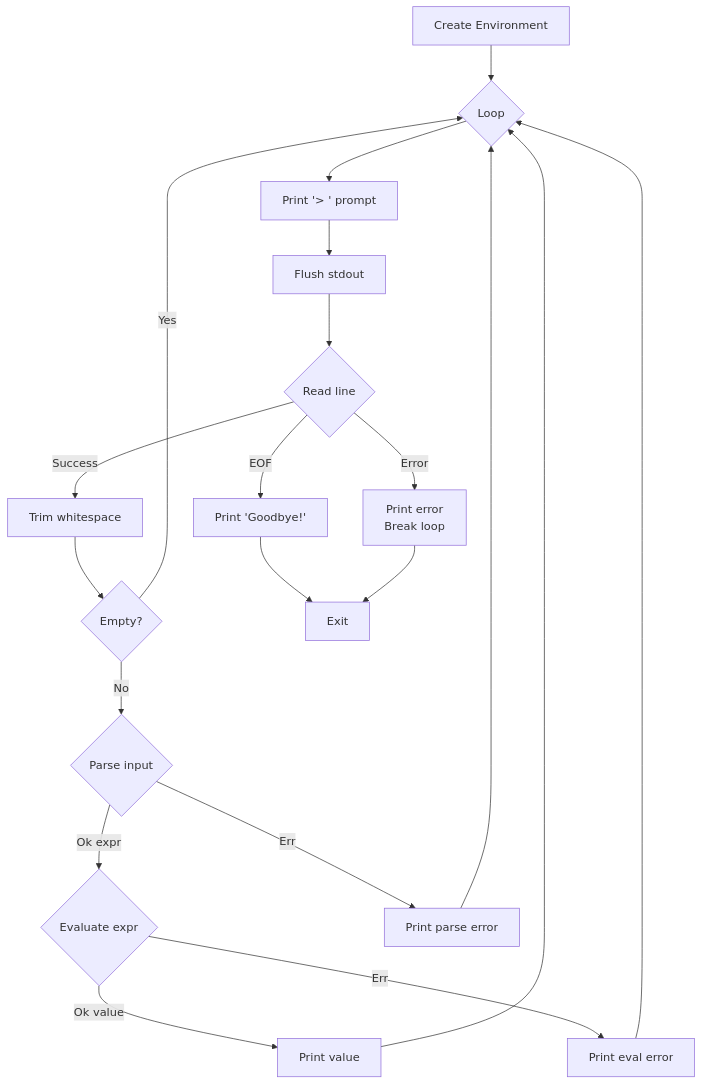
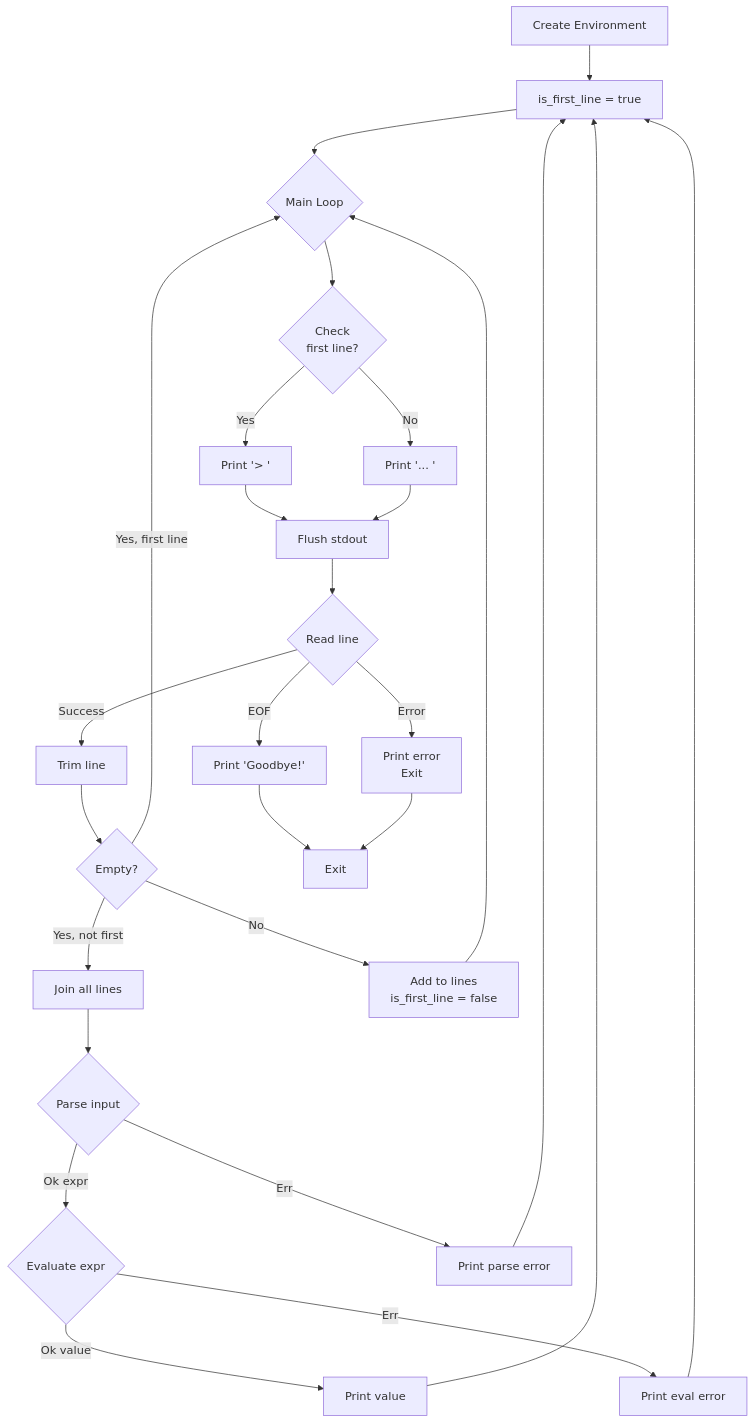
Before and after one commit to vansweej/parlang: the fifth of 10 diagrams in docs/MODULE_MAIN.md, drawn with Mermaid. The commit also changed other lines of this file and 2 other files, not shown here.

````diff
--- a/docs/MODULE_MAIN.md
+++ b/docs/MODULE_MAIN.md
@@ -259,29 +263,40 @@
 ```mermaid
 flowchart TD
-    START[Create Environment] --> LOOP{Loop}
+    START[Create Environment] --> INIT[is_first_line = true]
+    INIT --> LOOP{Main Loop}
     
-    LOOP --> PROMPT[Print '> ' prompt]
-    PROMPT --> FLUSH[Flush stdout]
+    LOOP --> PROMPT{Check<br/>first line?}
+    PROMPT -->|Yes| PROMPT_GT[Print '> ']
+    PROMPT -->|No| PROMPT_DOT[Print '... ']
+    
+    PROMPT_GT --> FLUSH[Flush stdout]
+    PROMPT_DOT --> FLUSH
+    
     FLUSH --> READ{Read line}
     
     READ -->|EOF| GOODBYE[Print 'Goodbye!']
-    READ -->|Error| ERROR[Print error<br/>Break loop]
-    READ -->|Success| TRIM[Trim whitespace]
+    READ -->|Error| ERROR[Print error<br/>Exit]
+    READ -->|Success| TRIM[Trim line]
     
     TRIM --> EMPTY{Empty?}
-    EMPTY -->|Yes| LOOP
-    EMPTY -->|No| PARSE{Parse input}
+    EMPTY -->|Yes, first line| LOOP
+    EMPTY -->|Yes, not first| PARSE_ALL[Join all lines]
+    EMPTY -->|No| ACCUMULATE[Add to lines<br/>is_first_line = false]
+    
+    ACCUMULATE --> LOOP
+    
+    PARSE_ALL --> PARSE{Parse input}
     
     PARSE -->|Ok expr| EVAL{Evaluate expr}
     PARSE -->|Err| PARSE_ERR[Print parse error]
     
     EVAL -->|Ok value| PRINT_VAL[Print value]
     EVAL -->|Err| EVAL_ERR[Print eval error]
     
-    PRINT_VAL --> LOOP
-    PARSE_ERR --> LOOP
-    EVAL_ERR --> LOOP
+    PRINT_VAL --> INIT
+    PARSE_ERR --> INIT
+    EVAL_ERR --> INIT
     
     GOODBYE --> END[Exit]
     ERROR --> END
 ```
````
